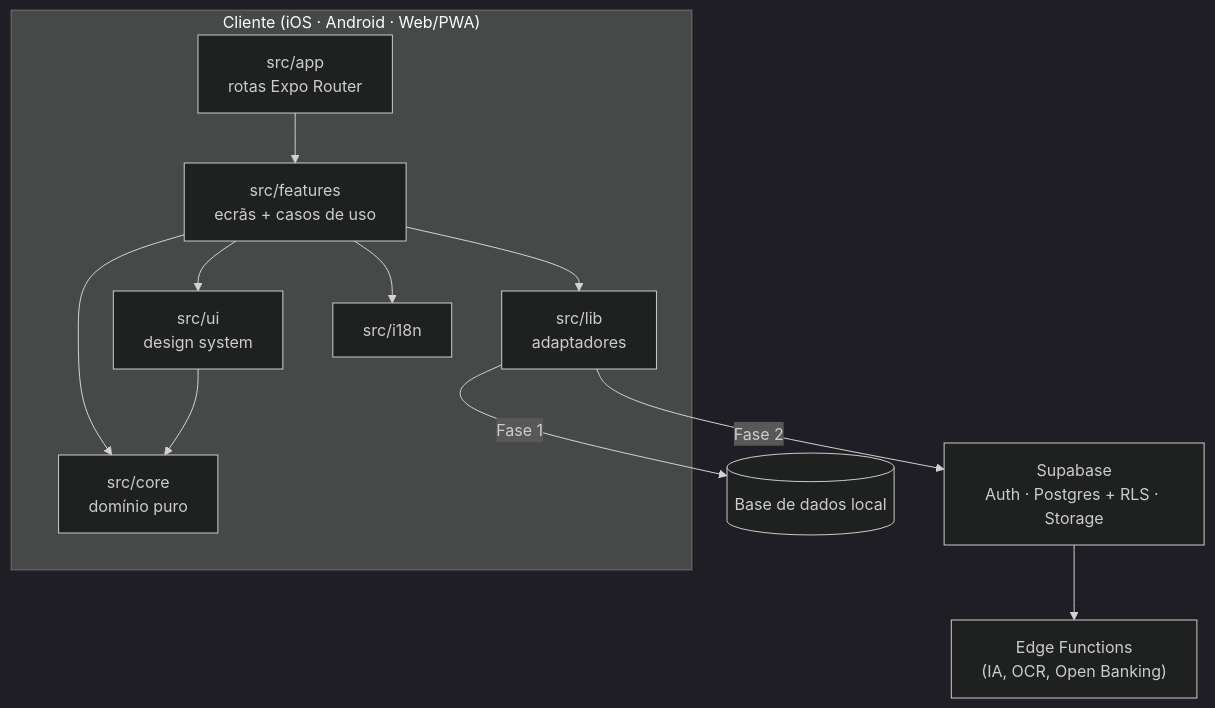
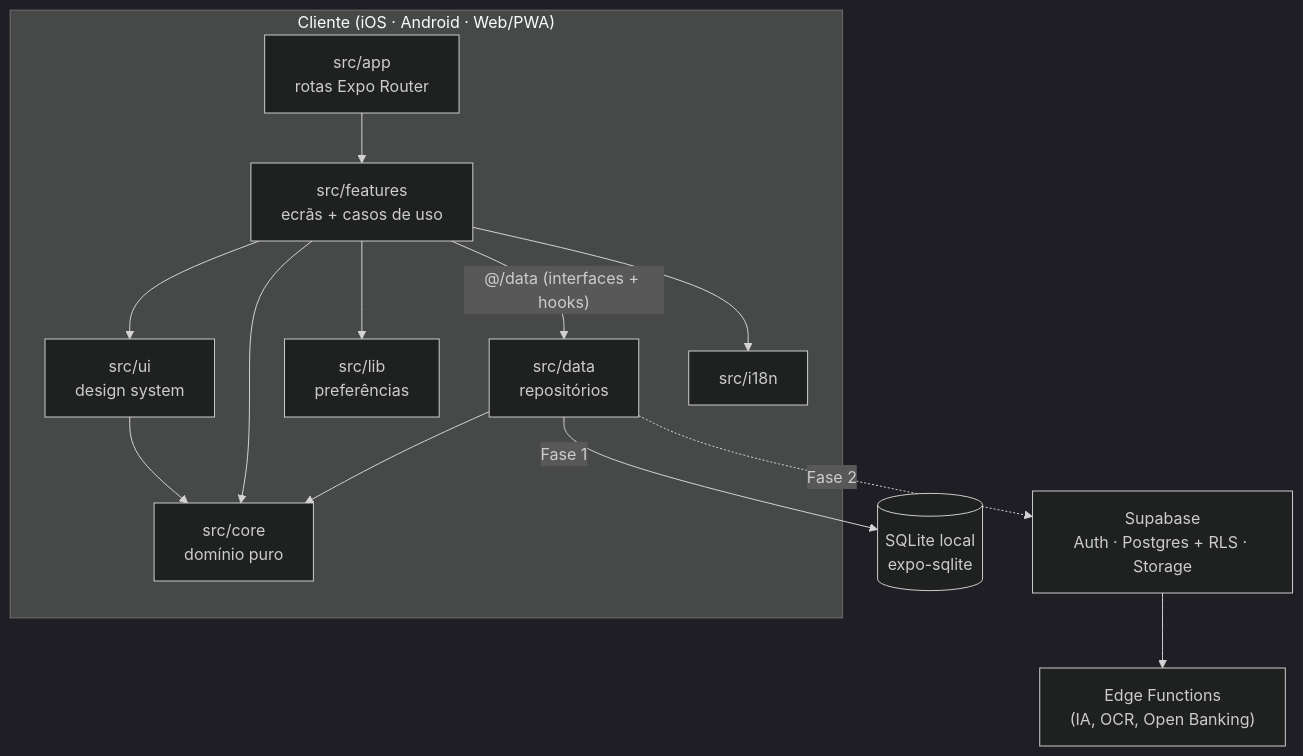
One commit to CentFlowLab/CentFlow changed the first of 2 diagrams in docs/architecture.md. Above: the diagram before and after it, drawn with Mermaid (dark theme). The commit also changed other lines of this file and 99 other files, not shown here.

First line of the commit message:
Fase 1: MVP financeiro local com expo-sqlite

````diff
--- a/docs/architecture.md
+++ b/docs/architecture.md
@@ -9,14 +9,16 @@
 ```mermaid
 flowchart TD
   subgraph Cliente["Cliente (iOS · Android · Web/PWA)"]
     APP["src/app<br/>rotas Expo Router"] --> FEAT["src/features<br/>ecrãs + casos de uso"]
     FEAT --> UI["src/ui<br/>design system"]
     FEAT --> CORE["src/core<br/>domínio puro"]
-    FEAT --> LIB["src/lib<br/>adaptadores"]
+    FEAT --> LIB["src/lib<br/>preferências"]
+    FEAT -->|"@/data (interfaces + hooks)"| DATA["src/data<br/>repositórios"]
+    DATA --> CORE
     UI --> CORE
     FEAT --> I18N["src/i18n"]
   end
-  LIB -->|Fase 1| LOCALDB[("Base de dados local")]
-  LIB -->|Fase 2| SUPA["Supabase<br/>Auth · Postgres + RLS · Storage"]
+  DATA -->|Fase 1| LOCALDB[("SQLite local<br/>expo-sqlite")]
+  DATA -.->|Fase 2| SUPA["Supabase<br/>Auth · Postgres + RLS · Storage"]
   SUPA --> EDGE["Edge Functions<br/>(IA, OCR, Open Banking)"]
 ```
````
